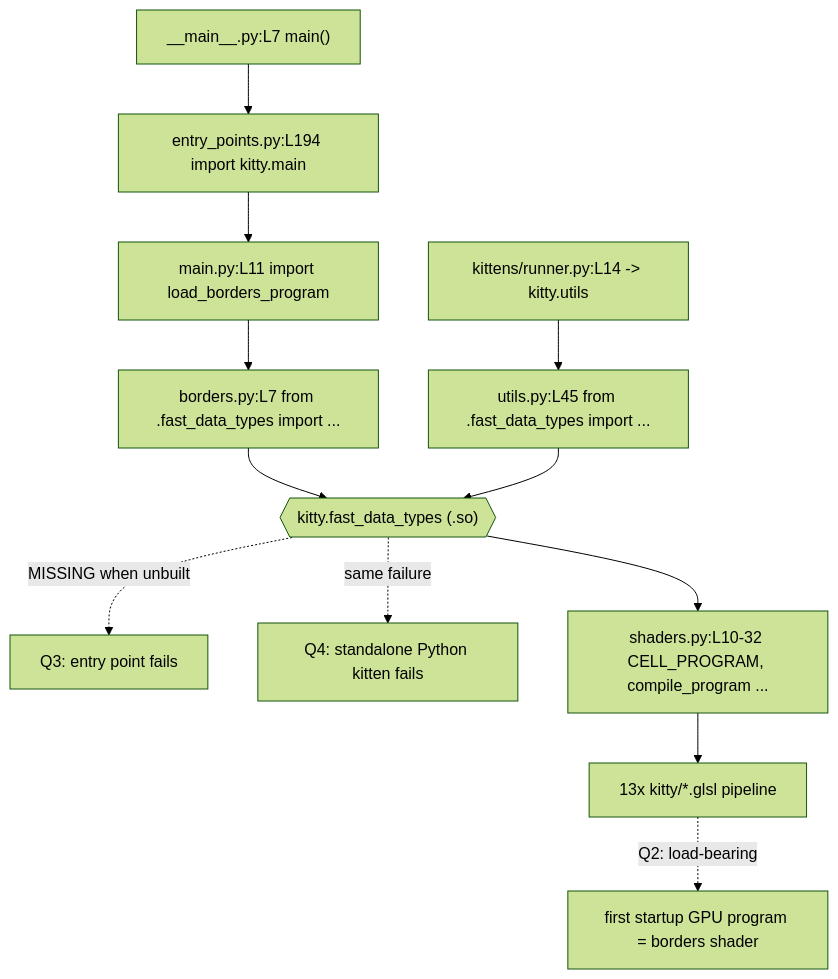
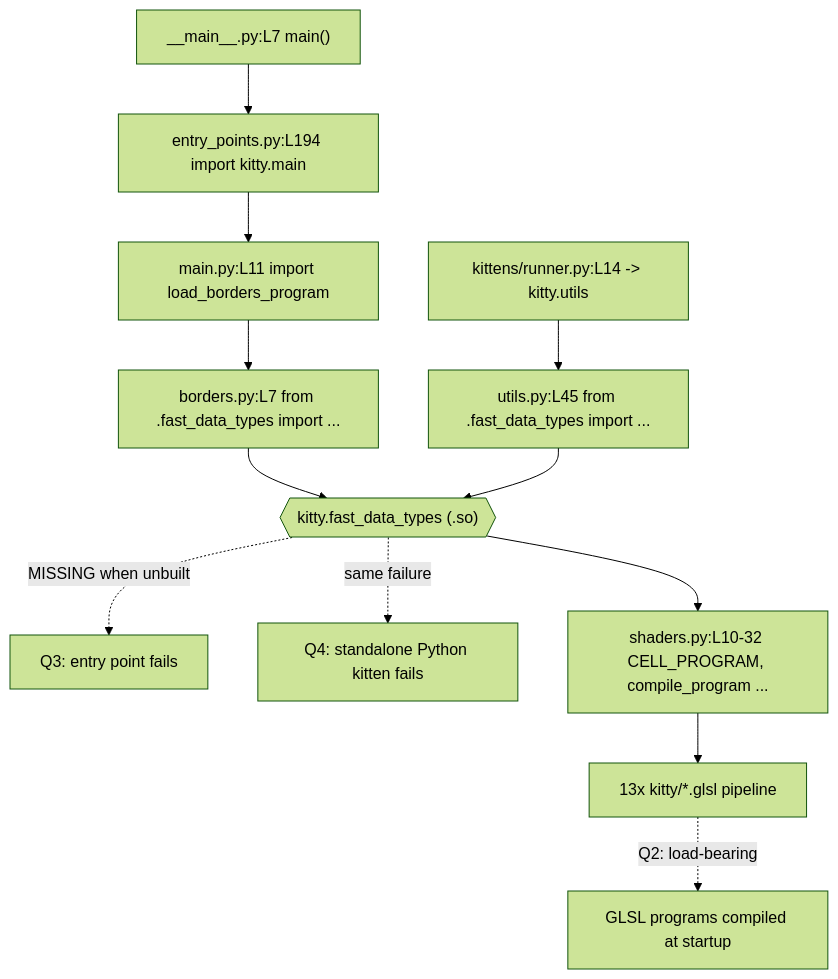
Before and after one commit to blitzy-research/kitty: the diagram in blitzy/documentation/kitty_815df1e210e0.md, drawn with Mermaid (forest theme). The commit also changed other lines of this file, not shown here.

````diff
--- a/blitzy/documentation/kitty_815df1e210e0.md
+++ b/blitzy/documentation/kitty_815df1e210e0.md
@@ -25,14 +38,14 @@
 ```mermaid
 graph TD
     A["__main__.py:L7 main()"] --> B["entry_points.py:L194 import kitty.main"]
     B --> C["main.py:L11 import load_borders_program"]
     C --> D["borders.py:L7 from .fast_data_types import ..."]
     D --> E{{"kitty.fast_data_types (.so)"}}
     E -. "MISSING when unbuilt" .-> X["Q3: entry point fails"]
     R["kittens/runner.py:L14 -> kitty.utils"] --> U["utils.py:L45 from .fast_data_types import ..."]
     U --> E
     E -. "same failure" .-> Y["Q4: standalone Python kitten fails"]
     E --> S["shaders.py:L10-32 CELL_PROGRAM, compile_program ..."]
     S --> G["13x kitty/*.glsl pipeline"]
-    G -. "Q2: load-bearing" .-> Z["first startup GPU program = borders shader"]
+    G -. "Q2: load-bearing" .-> Z["GLSL programs compiled at startup"]
 ```
````
